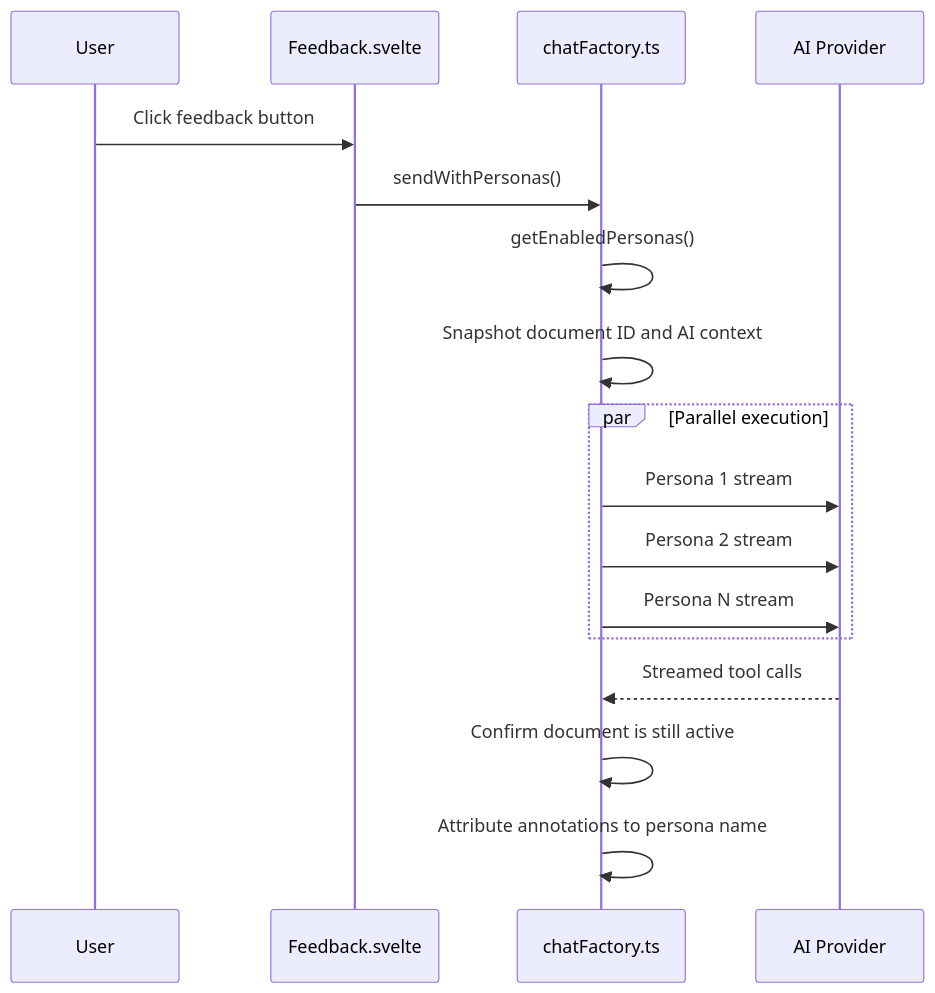
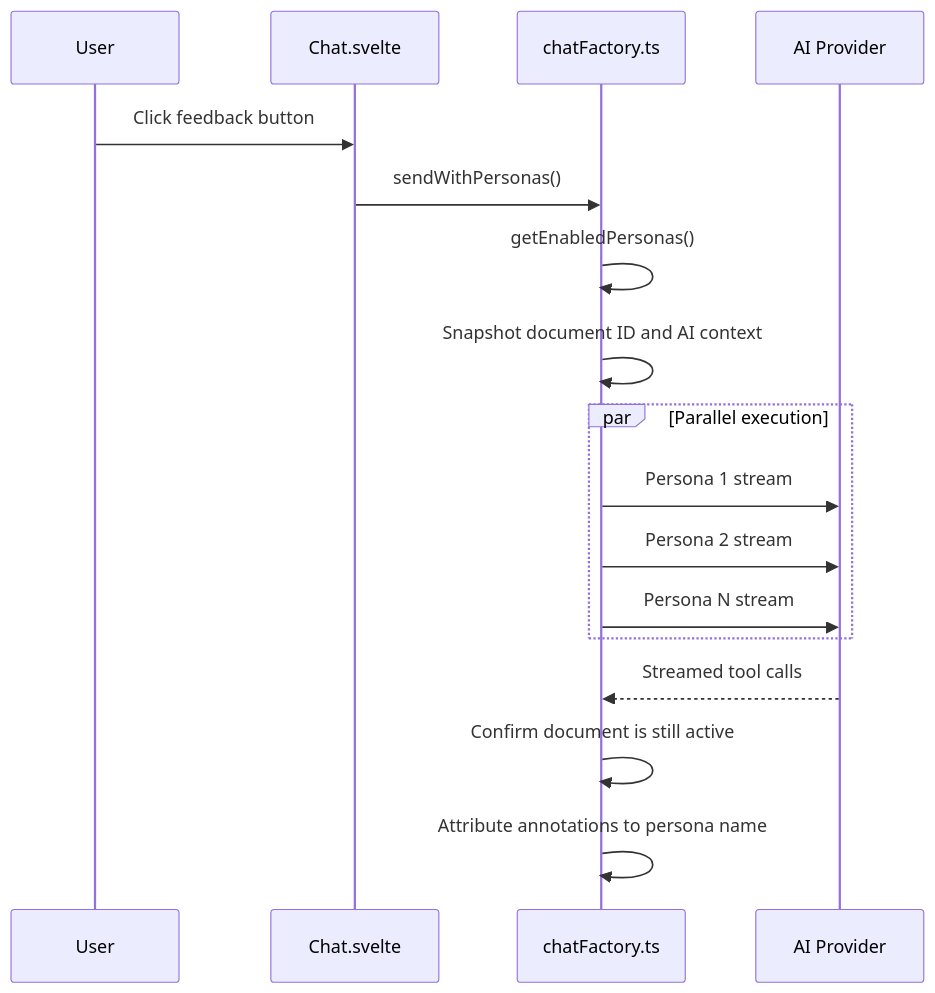
Before and after one commit to ThatXliner/Quillium: the diagram in docs/reader-personas.md, drawn with Mermaid. The commit also changed other lines of this file and 33 other files, not shown here.

````diff
--- a/docs/reader-personas.md
+++ b/docs/reader-personas.md
@@ -87,22 +87,22 @@
 ```mermaid
 sequenceDiagram
     participant User
-    participant Feedback as Feedback.svelte
+    participant Feedback as Chat.svelte
     participant Factory as chatFactory.ts
     participant AI as AI Provider
 
     User->>Feedback: Click feedback button
     Feedback->>Factory: sendWithPersonas()
     Factory->>Factory: getEnabledPersonas()
     Factory->>Factory: Snapshot document ID and AI context
     
     par Parallel execution
         Factory->>AI: Persona 1 stream
         Factory->>AI: Persona 2 stream
         Factory->>AI: Persona N stream
     end
     
     AI-->>Factory: Streamed tool calls
     Factory->>Factory: Confirm document is still active
     Factory->>Factory: Attribute annotations to persona name
 ```
````
